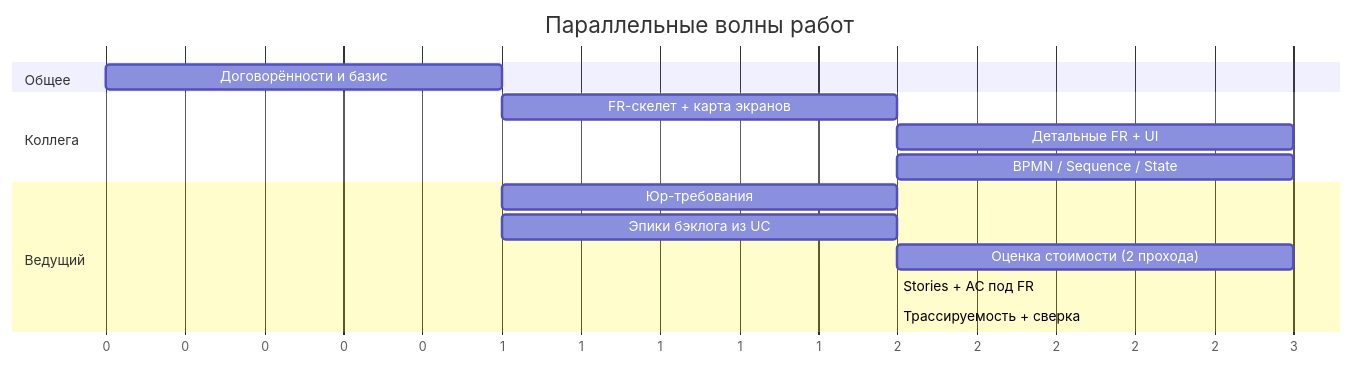
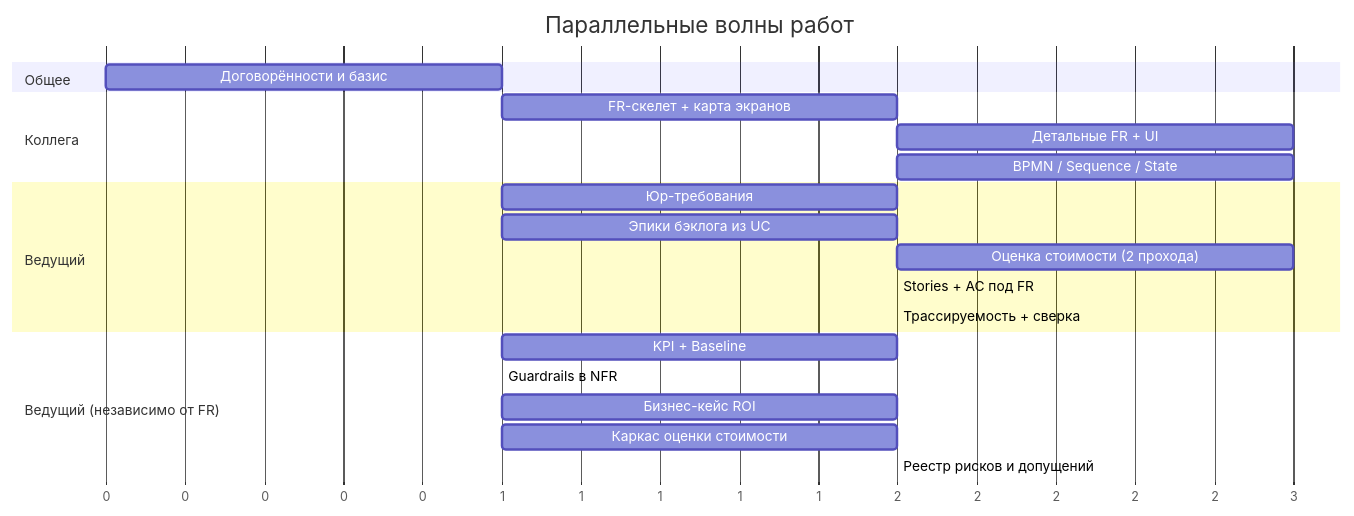
The diagram in docs/system_analysis/roadmap_and_plan.md (igorvolk1961/water_checker), drawn with Mermaid before and after one commit. The commit also changed other lines of this file, not shown here.

Commit message:
Expand roadmap with lead's FR-independent workstream and update waves

````diff
--- a/docs/system_analysis/roadmap_and_plan.md
+++ b/docs/system_analysis/roadmap_and_plan.md
@@ -38,18 +38,24 @@
 ```mermaid
 gantt
     title Параллельные волны работ
     dateFormat X
     axisFormat %s
     section Общее
     Договорённости и базис      :a1, 0, 1
     section Коллега
     FR-скелет + карта экранов   :c1, after a1, 2
     Детальные FR + UI           :c2, after c1, 3
     BPMN / Sequence / State     :c3, after c1, 3
     section Ведущий
     Юр-требования               :b1, after a1, 2
     Эпики бэклога из UC         :b2, after a1, 2
     Оценка стоимости (2 прохода):b3, after b2, 3
     Stories + AC под FR         :b4, after c2, 2
     Трассируемость + сверка     :b5, after b4, 2
+    section Ведущий (независимо от FR)
+    KPI + Baseline              :d1, after a1, 2
+    Guardrails в NFR            :d2, after d1, 1
+    Бизнес-кейс ROI             :d3, after a1, 2
+    Каркас оценки стоимости     :d4, after a1, 2
+    Реестр рисков и допущений   :d5, after d1, 2
 ```
````
